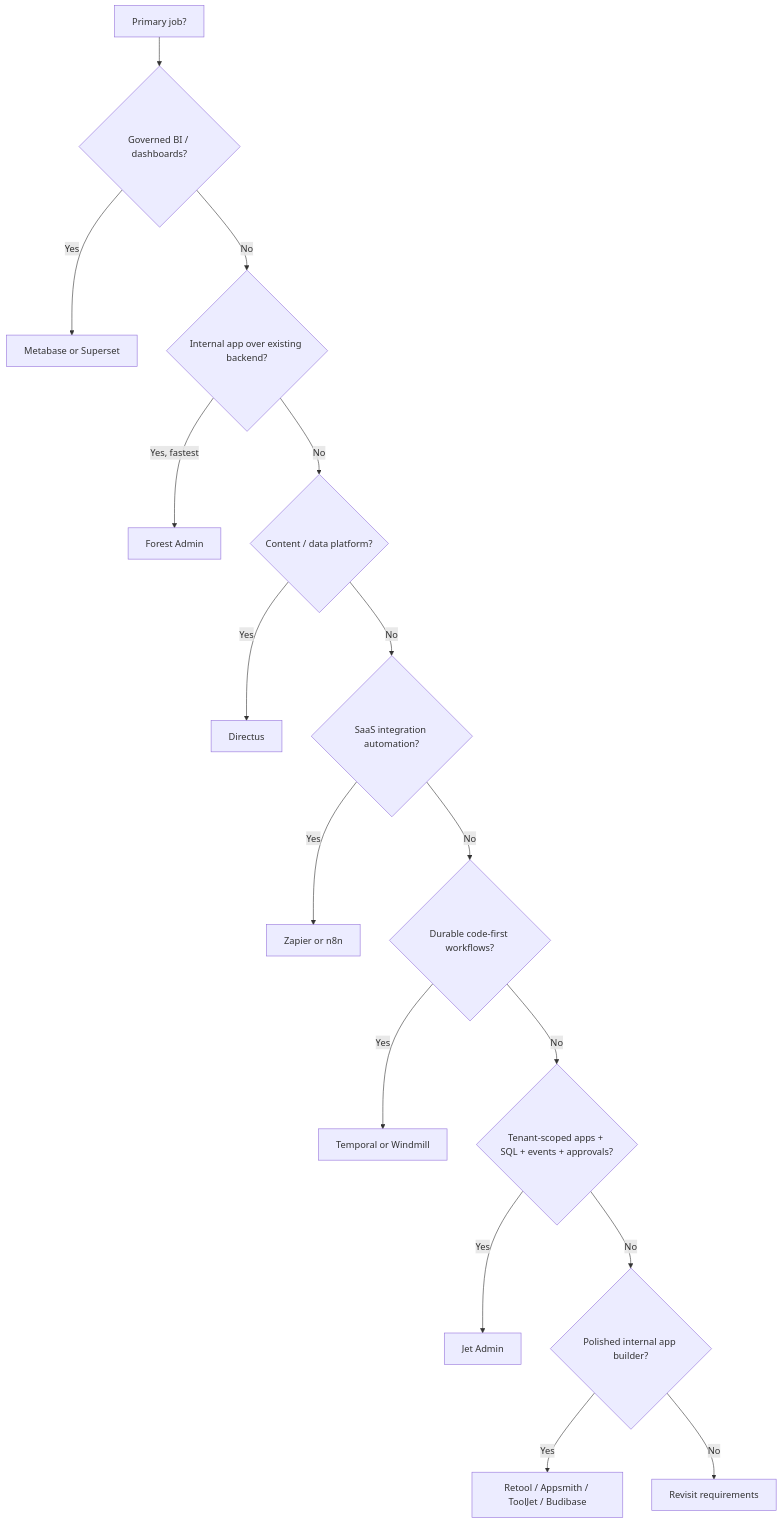
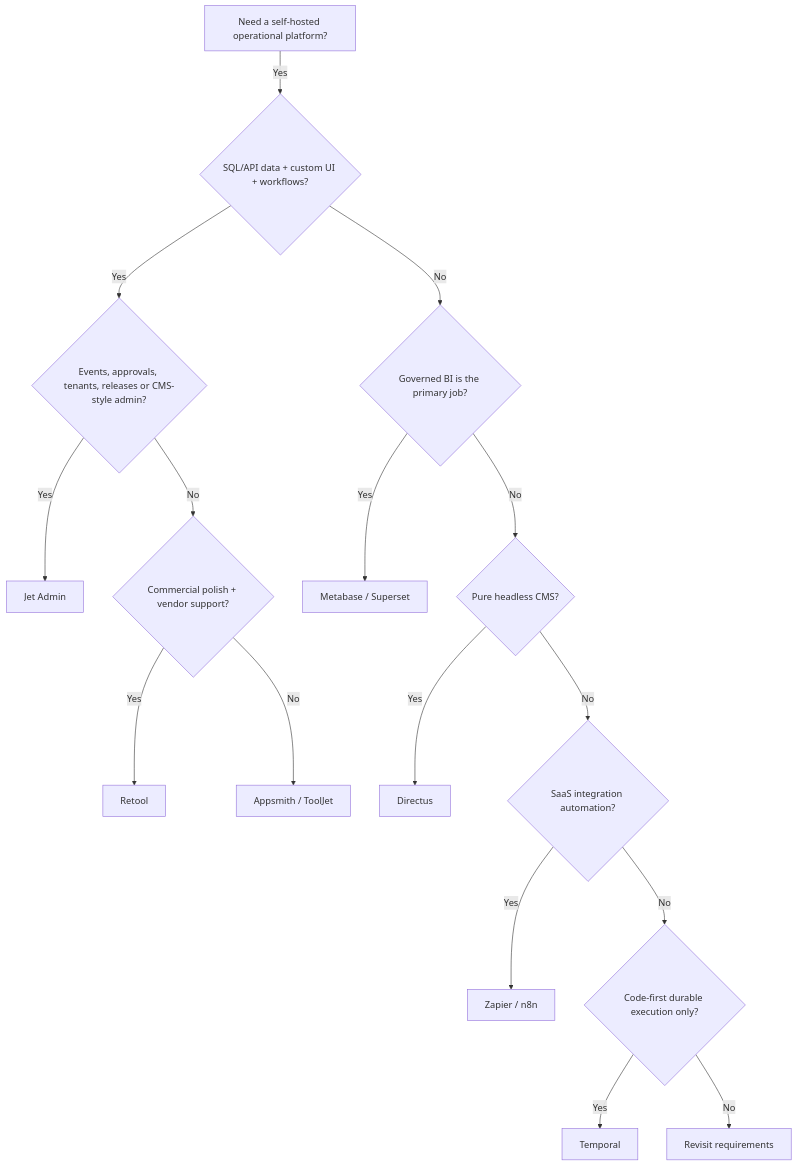
Before and after one commit to Jet-labs/jet-admin: the diagram in docs/docs/comparisons/market-comparison.md, drawn with Mermaid. The commit also changed other lines of this file and 10 other files, not shown here.

Commit message:
docs: emphasize Temporal workflows, JavaScript bindings, and Jet Admin strengths

````diff
--- a/docs/docs/comparisons/market-comparison.md
+++ b/docs/docs/comparisons/market-comparison.md
@@ -234,18 +266,18 @@
 ```mermaid
 flowchart TD
-    A["Primary job?"] --> B{"Governed BI / dashboards?"}
-    B -->|Yes| BI["Metabase or Superset"]
-    B -->|No| C{"Internal app over existing backend?"}
-    C -->|Yes, fastest| Forest["Forest Admin"]
-    C -->|No| D{"Content / data platform?"}
-    D -->|Yes| Directus["Directus"]
-    D -->|No| E{"SaaS integration automation?"}
-    E -->|Yes| Auto["Zapier or n8n"]
-    E -->|No| F{"Durable code-first workflows?"}
-    F -->|Yes| Durable["Temporal or Windmill"]
-    F -->|No| G{"Tenant-scoped apps + SQL + events + approvals?"}
-    G -->|Yes| Jet["Jet Admin"]
-    G -->|No| H{"Polished internal app builder?"}
-    H -->|Yes| Builders["Retool / Appsmith / ToolJet / Budibase"]
+    A["Need a self-hosted operational platform?"] -->|Yes| B{"SQL/API data + custom UI + workflows?"}
+    B -->|Yes| C{"Events, approvals, tenants, releases or CMS-style admin?"}
+    C -->|Yes| Jet["Jet Admin"]
+    C -->|No| D{"Commercial polish + vendor support?"}
+    D -->|Yes| Retool["Retool"]
+    D -->|No| OSS["Appsmith / ToolJet"]
+    B -->|No| E{"Governed BI is the primary job?"}
+    E -->|Yes| BI["Metabase / Superset"]
+    E -->|No| F{"Pure headless CMS?"}
+    F -->|Yes| Directus["Directus"]
+    F -->|No| G{"SaaS integration automation?"}
+    G -->|Yes| Auto["Zapier / n8n"]
+    G -->|No| H{"Code-first durable execution only?"}
+    H -->|Yes| Temporal["Temporal"]
     H -->|No| Reassess["Revisit requirements"]
 ```
````
